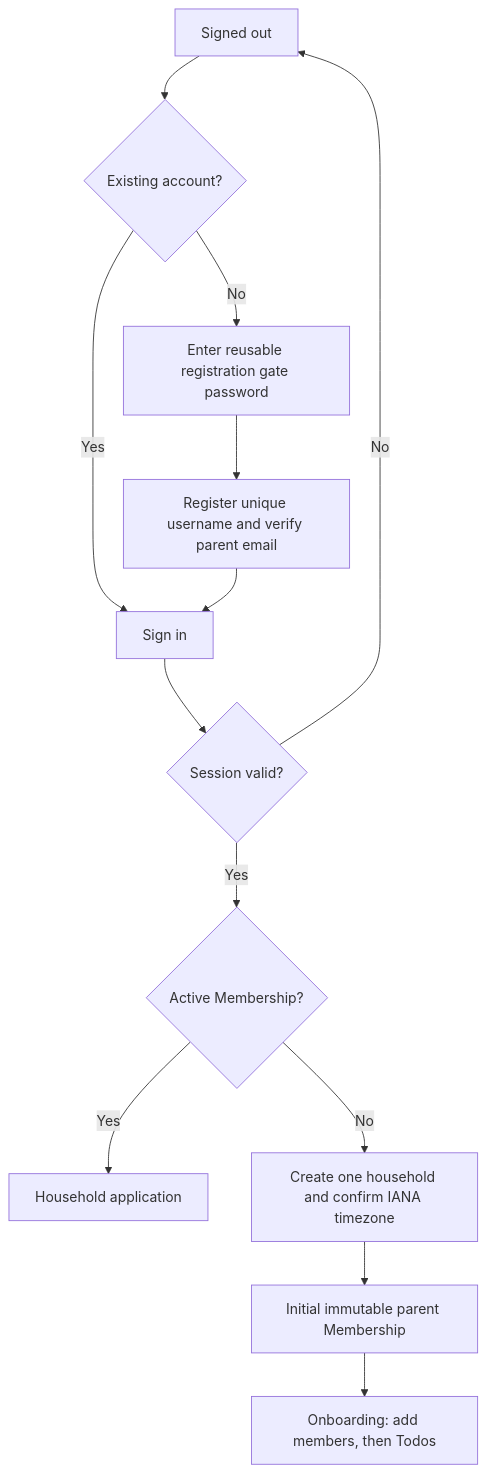
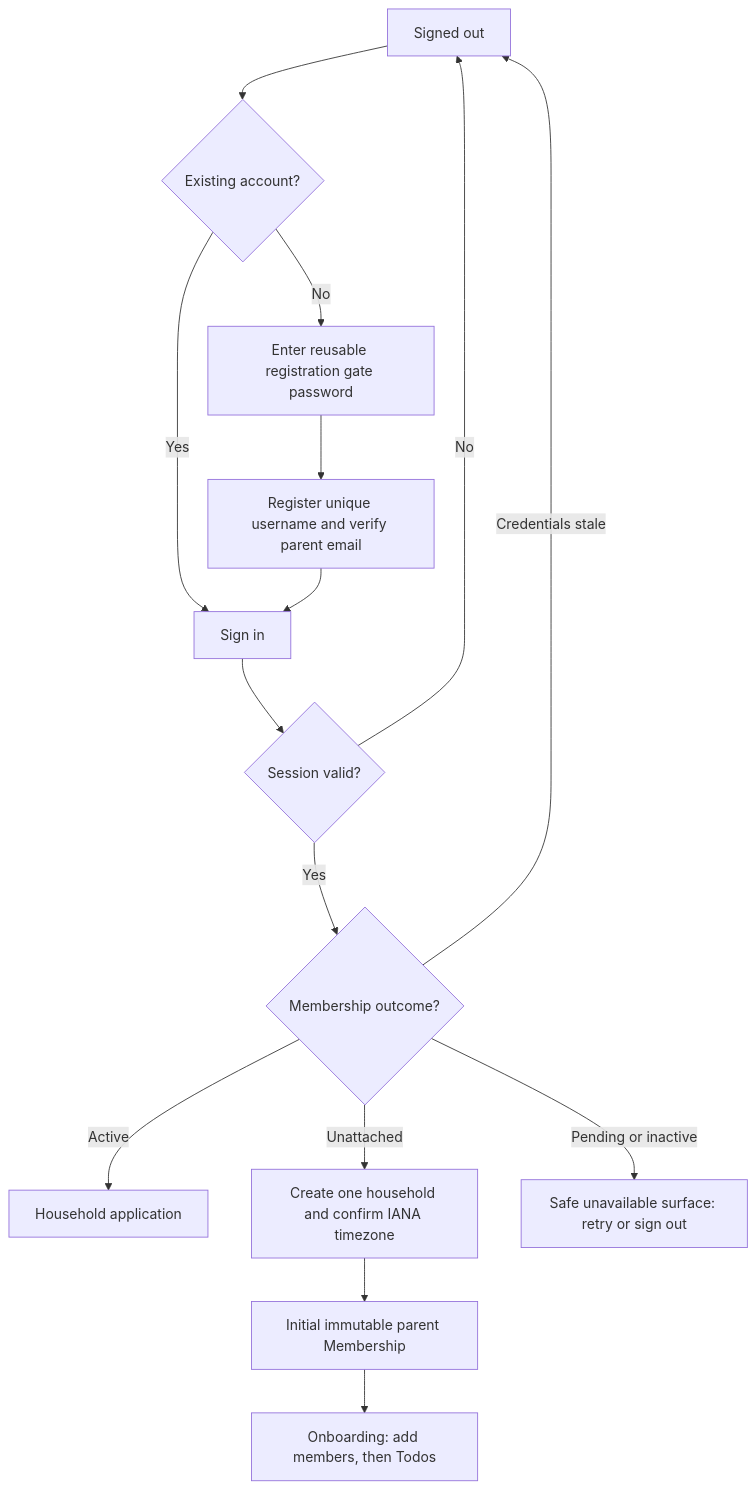
The first of 2 diagrams in docs/ux/global-user-flows.md (joew-ai/todone), drawn with Mermaid before and after one commit. The commit also changed other lines of this file and 126 other files, not shown here.

Commit message:
Rework session architecture

````diff
--- a/docs/ux/global-user-flows.md
+++ b/docs/ux/global-user-flows.md
@@ -12,15 +12,17 @@
 ```mermaid
 flowchart TD
     A[Signed out] --> B{Existing account?}
     B -->|Yes| C[Sign in]
     B -->|No| D[Enter reusable registration gate password]
     D --> E[Register unique username and verify parent email]
     E --> C
     C --> F{Session valid?}
     F -->|No| A
-    F -->|Yes| G{Active Membership?}
-    G -->|Yes| H[Household application]
-    G -->|No| I[Create one household and confirm IANA timezone]
+    F -->|Yes| G{Membership outcome?}
+    G -->|Active| H[Household application]
+    G -->|Unattached| I[Create one household and confirm IANA timezone]
+    G -->|Pending or inactive| L[Safe unavailable surface: retry or sign out]
+    G -->|Credentials stale| A
     I --> J[Initial immutable parent Membership]
     J --> K[Onboarding: add members, then Todos]
 ```
````
